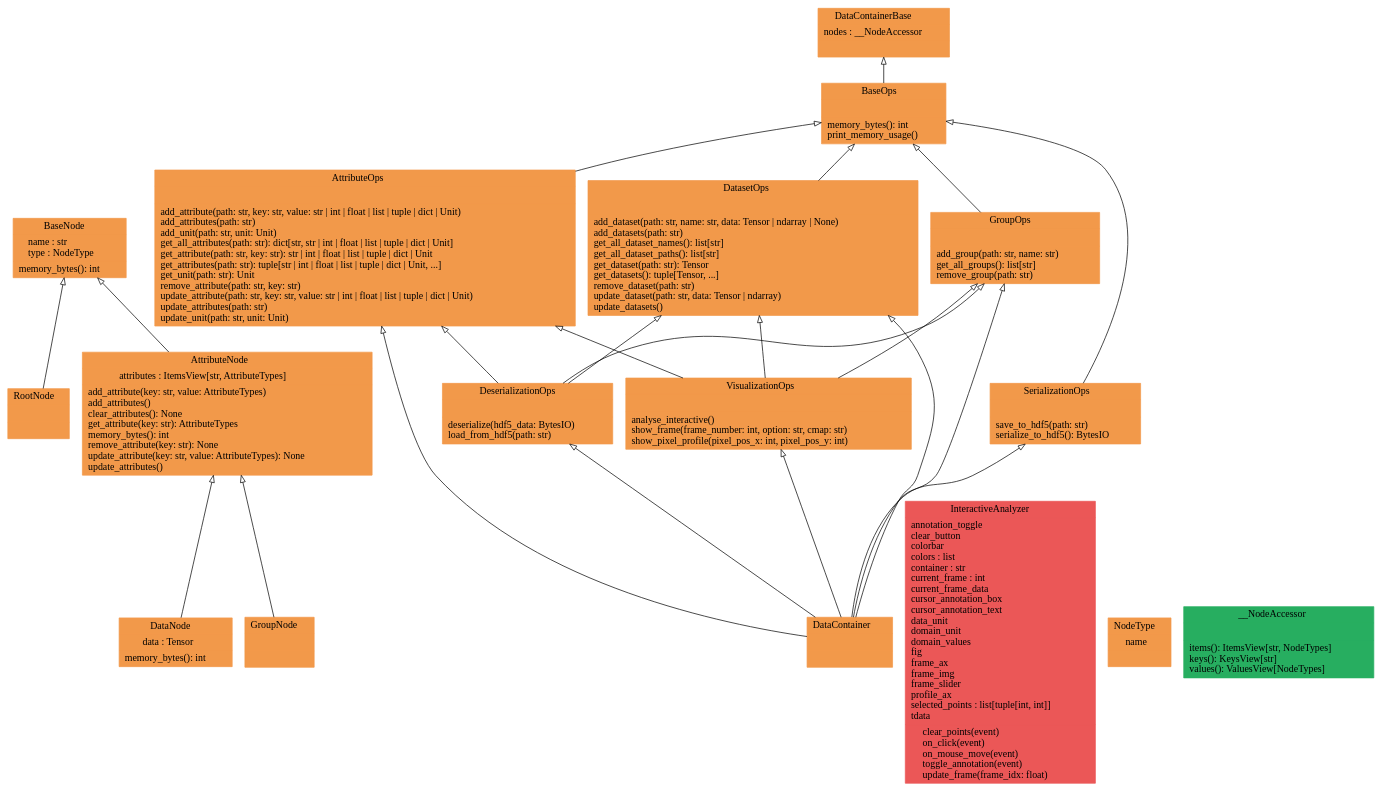
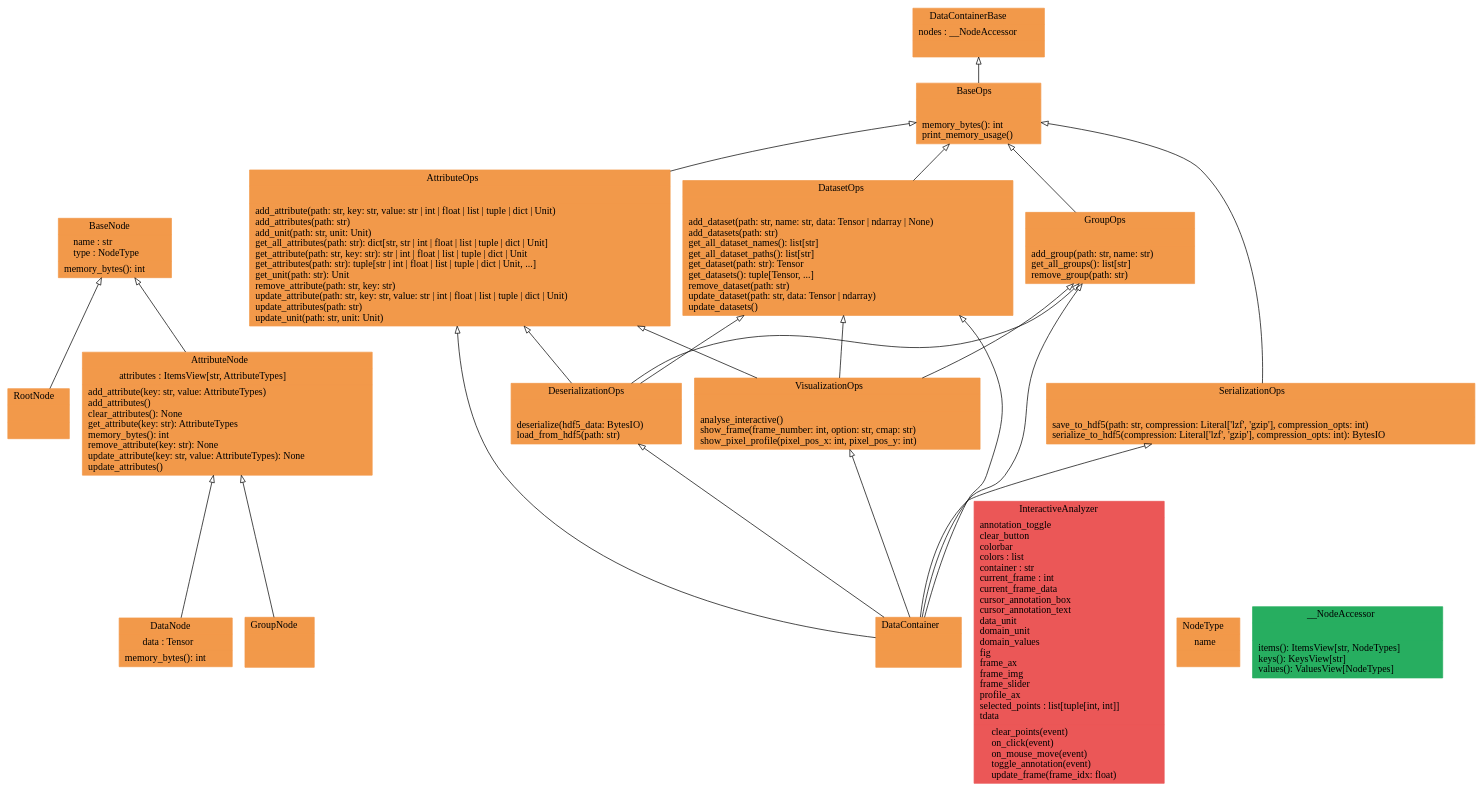
Before and after one commit to voidsy-gmbh/pyThermoNDT: the diagram in docs/pyreverse/graphviz/classes_pythermondt.data.datacontainer.gv, drawn with Graphviz. The commit also changed 35 other files, not shown here.

```diff
--- a/docs/pyreverse/graphviz/classes_pythermondt.data.datacontainer.gv
+++ b/docs/pyreverse/graphviz/classes_pythermondt.data.datacontainer.gv
@@ -1,42 +1,42 @@
 digraph "classes_pythermondt.data.datacontainer" {
 rankdir=BT
 charset="utf-8"
 "pythermondt.data.datacontainer.node.AttributeNode" [color="#F2994A", fontcolor="black", label=<{AttributeNode|attributes : ItemsView[str, AttributeTypes]<br ALIGN="LEFT"/>|add_attribute(key: str, value: AttributeTypes)<br ALIGN="LEFT"/>add_attributes()<br ALIGN="LEFT"/>clear_attributes(): None<br ALIGN="LEFT"/>get_attribute(key: str): AttributeTypes<br ALIGN="LEFT"/>memory_bytes(): int<br ALIGN="LEFT"/>remove_attribute(key: str): None<br ALIGN="LEFT"/>update_attribute(key: str, value: AttributeTypes): None<br ALIGN="LEFT"/>update_attributes()<br ALIGN="LEFT"/>}>, shape="record", style="filled"];
 "pythermondt.data.datacontainer.attribute_ops.AttributeOps" [color="#F2994A", fontcolor="black", label=<{AttributeOps|<br ALIGN="LEFT"/>|add_attribute(path: str, key: str, value: str \| int \| float \| list \| tuple \| dict \| Unit)<br ALIGN="LEFT"/>add_attributes(path: str)<br ALIGN="LEFT"/>add_unit(path: str, unit: Unit)<br ALIGN="LEFT"/>get_all_attributes(path: str): dict[str, str \| int \| float \| list \| tuple \| dict \| Unit]<br ALIGN="LEFT"/>get_attribute(path: str, key: str): str \| int \| float \| list \| tuple \| dict \| Unit<br ALIGN="LEFT"/>get_attributes(path: str): tuple[str \| int \| float \| list \| tuple \| dict \| Unit, ...]<br ALIGN="LEFT"/>get_unit(path: str): Unit<br ALIGN="LEFT"/>remove_attribute(path: str, key: str)<br ALIGN="LEFT"/>update_attribute(path: str, key: str, value: str \| int \| float \| list \| tuple \| dict \| Unit)<br ALIGN="LEFT"/>update_attributes(path: str)<br ALIGN="LEFT"/>update_unit(path: str, unit: Unit)<br ALIGN="LEFT"/>}>, shape="record", style="filled"];
 "pythermondt.data.datacontainer.node.BaseNode" [color="#F2994A", fontcolor="black", label=<{BaseNode|name : str<br ALIGN="LEFT"/>type : NodeType<br ALIGN="LEFT"/>|memory_bytes(): int<br ALIGN="LEFT"/>}>, shape="record", style="filled"];
 "pythermondt.data.datacontainer.base.BaseOps" [color="#F2994A", fontcolor="black", label=<{BaseOps|<br ALIGN="LEFT"/>|memory_bytes(): int<br ALIGN="LEFT"/>print_memory_usage()<br ALIGN="LEFT"/>}>, shape="record", style="filled"];
 "pythermondt.data.datacontainer.core.DataContainer" [color="#F2994A", fontcolor="black", label=<{DataContainer|<br ALIGN="LEFT"/>|}>, shape="record", style="filled"];
 "pythermondt.data.datacontainer.base.DataContainerBase" [color="#F2994A", fontcolor="black", label=<{DataContainerBase|nodes : __NodeAccessor<br ALIGN="LEFT"/>|}>, shape="record", style="filled"];
 "pythermondt.data.datacontainer.node.DataNode" [color="#F2994A", fontcolor="black", label=<{DataNode|data : Tensor<br ALIGN="LEFT"/>|memory_bytes(): int<br ALIGN="LEFT"/>}>, shape="record", style="filled"];
 "pythermondt.data.datacontainer.dataset_ops.DatasetOps" [color="#F2994A", fontcolor="black", label=<{DatasetOps|<br ALIGN="LEFT"/>|add_dataset(path: str, name: str, data: Tensor \| ndarray \| None)<br ALIGN="LEFT"/>add_datasets(path: str)<br ALIGN="LEFT"/>get_all_dataset_names(): list[str]<br ALIGN="LEFT"/>get_all_dataset_paths(): list[str]<br ALIGN="LEFT"/>get_dataset(path: str): Tensor<br ALIGN="LEFT"/>get_datasets(): tuple[Tensor, ...]<br ALIGN="LEFT"/>remove_dataset(path: str)<br ALIGN="LEFT"/>update_dataset(path: str, data: Tensor \| ndarray)<br ALIGN="LEFT"/>update_datasets()<br ALIGN="LEFT"/>}>, shape="record", style="filled"];
 "pythermondt.data.datacontainer.serialization_ops.DeserializationOps" [color="#F2994A", fontcolor="black", label=<{DeserializationOps|<br ALIGN="LEFT"/>|deserialize(hdf5_data: BytesIO)<br ALIGN="LEFT"/>load_from_hdf5(path: str)<br ALIGN="LEFT"/>}>, shape="record", style="filled"];
 "pythermondt.data.datacontainer.node.GroupNode" [color="#F2994A", fontcolor="black", label=<{GroupNode|<br ALIGN="LEFT"/>|}>, shape="record", style="filled"];
 "pythermondt.data.datacontainer.group_ops.GroupOps" [color="#F2994A", fontcolor="black", label=<{GroupOps|<br ALIGN="LEFT"/>|add_group(path: str, name: str)<br ALIGN="LEFT"/>get_all_groups(): list[str]<br ALIGN="LEFT"/>remove_group(path: str)<br ALIGN="LEFT"/>}>, shape="record", style="filled"];
 "pythermondt.data.datacontainer.visualization_ops.VisualizationOps.InteractiveAnalyzer" [color="#EB5757", fontcolor="black", label=<{InteractiveAnalyzer|annotation_toggle<br ALIGN="LEFT"/>clear_button<br ALIGN="LEFT"/>colorbar<br ALIGN="LEFT"/>colors : list<br ALIGN="LEFT"/>container : str<br ALIGN="LEFT"/>current_frame : int<br ALIGN="LEFT"/>current_frame_data<br ALIGN="LEFT"/>cursor_annotation_box<br ALIGN="LEFT"/>cursor_annotation_text<br ALIGN="LEFT"/>data_unit<br ALIGN="LEFT"/>domain_unit<br ALIGN="LEFT"/>domain_values<br ALIGN="LEFT"/>fig<br ALIGN="LEFT"/>frame_ax<br ALIGN="LEFT"/>frame_img<br ALIGN="LEFT"/>frame_slider<br ALIGN="LEFT"/>profile_ax<br ALIGN="LEFT"/>selected_points : list[tuple[int, int]]<br ALIGN="LEFT"/>tdata<br ALIGN="LEFT"/>|clear_points(event)<br ALIGN="LEFT"/>on_click(event)<br ALIGN="LEFT"/>on_mouse_move(event)<br ALIGN="LEFT"/>toggle_annotation(event)<br ALIGN="LEFT"/>update_frame(frame_idx: float)<br ALIGN="LEFT"/>}>, shape="record", style="filled"];
 "pythermondt.data.datacontainer.node.NodeType" [color="#F2994A", fontcolor="black", label=<{NodeType|name<br ALIGN="LEFT"/>|}>, shape="record", style="filled"];
 "pythermondt.data.datacontainer.node.RootNode" [color="#F2994A", fontcolor="black", label=<{RootNode|<br ALIGN="LEFT"/>|}>, shape="record", style="filled"];
-"pythermondt.data.datacontainer.serialization_ops.SerializationOps" [color="#F2994A", fontcolor="black", label=<{SerializationOps|<br ALIGN="LEFT"/>|save_to_hdf5(path: str)<br ALIGN="LEFT"/>serialize_to_hdf5(): BytesIO<br ALIGN="LEFT"/>}>, shape="record", style="filled"];
+"pythermondt.data.datacontainer.serialization_ops.SerializationOps" [color="#F2994A", fontcolor="black", label=<{SerializationOps|<br ALIGN="LEFT"/>|save_to_hdf5(path: str, compression: Literal['lzf', 'gzip'], compression_opts: int)<br ALIGN="LEFT"/>serialize_to_hdf5(compression: Literal['lzf', 'gzip'], compression_opts: int): BytesIO<br ALIGN="LEFT"/>}>, shape="record", style="filled"];
 "pythermondt.data.datacontainer.visualization_ops.VisualizationOps" [color="#F2994A", fontcolor="black", label=<{VisualizationOps|<br ALIGN="LEFT"/>|analyse_interactive()<br ALIGN="LEFT"/>show_frame(frame_number: int, option: str, cmap: str)<br ALIGN="LEFT"/>show_pixel_profile(pixel_pos_x: int, pixel_pos_y: int)<br ALIGN="LEFT"/>}>, shape="record", style="filled"];
 "pythermondt.data.datacontainer.base.DataContainerBase.__NodeAccessor" [color="#27AE60", fontcolor="black", label=<{__NodeAccessor|<br ALIGN="LEFT"/>|items(): ItemsView[str, NodeTypes]<br ALIGN="LEFT"/>keys(): KeysView[str]<br ALIGN="LEFT"/>values(): ValuesView[NodeTypes]<br ALIGN="LEFT"/>}>, shape="record", style="filled"];
 "pythermondt.data.datacontainer.attribute_ops.AttributeOps" -> "pythermondt.data.datacontainer.base.BaseOps" [arrowhead="empty", arrowtail="none"];
 "pythermondt.data.datacontainer.base.BaseOps" -> "pythermondt.data.datacontainer.base.DataContainerBase" [arrowhead="empty", arrowtail="none"];
 "pythermondt.data.datacontainer.core.DataContainer" -> "pythermondt.data.datacontainer.attribute_ops.AttributeOps" [arrowhead="empty", arrowtail="none"];
 "pythermondt.data.datacontainer.core.DataContainer" -> "pythermondt.data.datacontainer.dataset_ops.DatasetOps" [arrowhead="empty", arrowtail="none"];
 "pythermondt.data.datacontainer.core.DataContainer" -> "pythermondt.data.datacontainer.group_ops.GroupOps" [arrowhead="empty", arrowtail="none"];
 "pythermondt.data.datacontainer.core.DataContainer" -> "pythermondt.data.datacontainer.serialization_ops.DeserializationOps" [arrowhead="empty", arrowtail="none"];
 "pythermondt.data.datacontainer.core.DataContainer" -> "pythermondt.data.datacontainer.serialization_ops.SerializationOps" [arrowhead="empty", arrowtail="none"];
 "pythermondt.data.datacontainer.core.DataContainer" -> "pythermondt.data.datacontainer.visualization_ops.VisualizationOps" [arrowhead="empty", arrowtail="none"];
 "pythermondt.data.datacontainer.dataset_ops.DatasetOps" -> "pythermondt.data.datacontainer.base.BaseOps" [arrowhead="empty", arrowtail="none"];
 "pythermondt.data.datacontainer.group_ops.GroupOps" -> "pythermondt.data.datacontainer.base.BaseOps" [arrowhead="empty", arrowtail="none"];
 "pythermondt.data.datacontainer.node.AttributeNode" -> "pythermondt.data.datacontainer.node.BaseNode" [arrowhead="empty", arrowtail="none"];
 "pythermondt.data.datacontainer.node.DataNode" -> "pythermondt.data.datacontainer.node.AttributeNode" [arrowhead="empty", arrowtail="none"];
 "pythermondt.data.datacontainer.node.GroupNode" -> "pythermondt.data.datacontainer.node.AttributeNode" [arrowhead="empty", arrowtail="none"];
 "pythermondt.data.datacontainer.node.RootNode" -> "pythermondt.data.datacontainer.node.BaseNode" [arrowhead="empty", arrowtail="none"];
 "pythermondt.data.datacontainer.serialization_ops.DeserializationOps" -> "pythermondt.data.datacontainer.attribute_ops.AttributeOps" [arrowhead="empty", arrowtail="none"];
 "pythermondt.data.datacontainer.serialization_ops.DeserializationOps" -> "pythermondt.data.datacontainer.dataset_ops.DatasetOps" [arrowhead="empty", arrowtail="none"];
 "pythermondt.data.datacontainer.serialization_ops.DeserializationOps" -> "pythermondt.data.datacontainer.group_ops.GroupOps" [arrowhead="empty", arrowtail="none"];
 "pythermondt.data.datacontainer.serialization_ops.SerializationOps" -> "pythermondt.data.datacontainer.base.BaseOps" [arrowhead="empty", arrowtail="none"];
 "pythermondt.data.datacontainer.visualization_ops.VisualizationOps" -> "pythermondt.data.datacontainer.attribute_ops.AttributeOps" [arrowhead="empty", arrowtail="none"];
 "pythermondt.data.datacontainer.visualization_ops.VisualizationOps" -> "pythermondt.data.datacontainer.dataset_ops.DatasetOps" [arrowhead="empty", arrowtail="none"];
 "pythermondt.data.datacontainer.visualization_ops.VisualizationOps" -> "pythermondt.data.datacontainer.group_ops.GroupOps" [arrowhead="empty", arrowtail="none"];
 }
```
